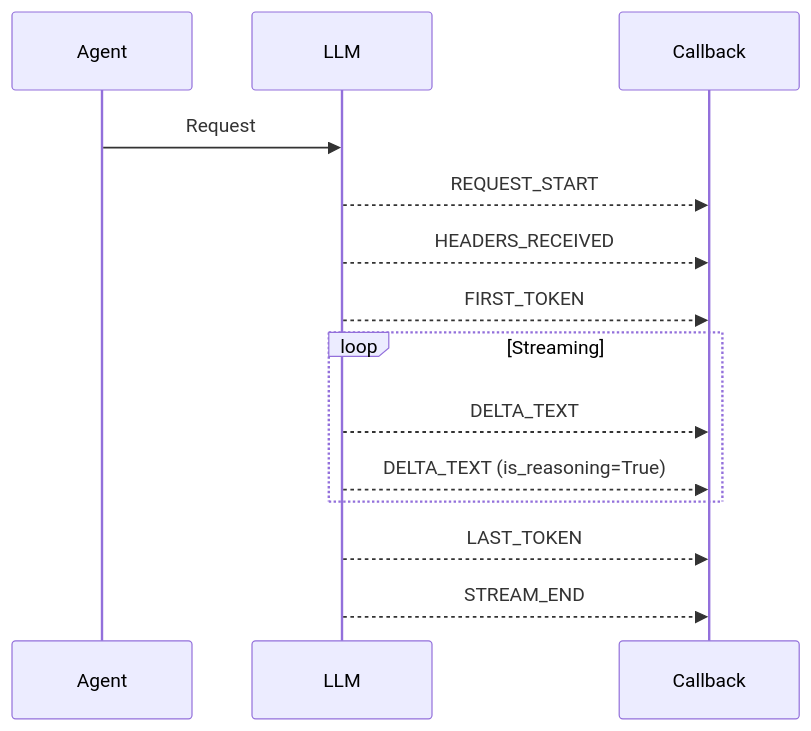
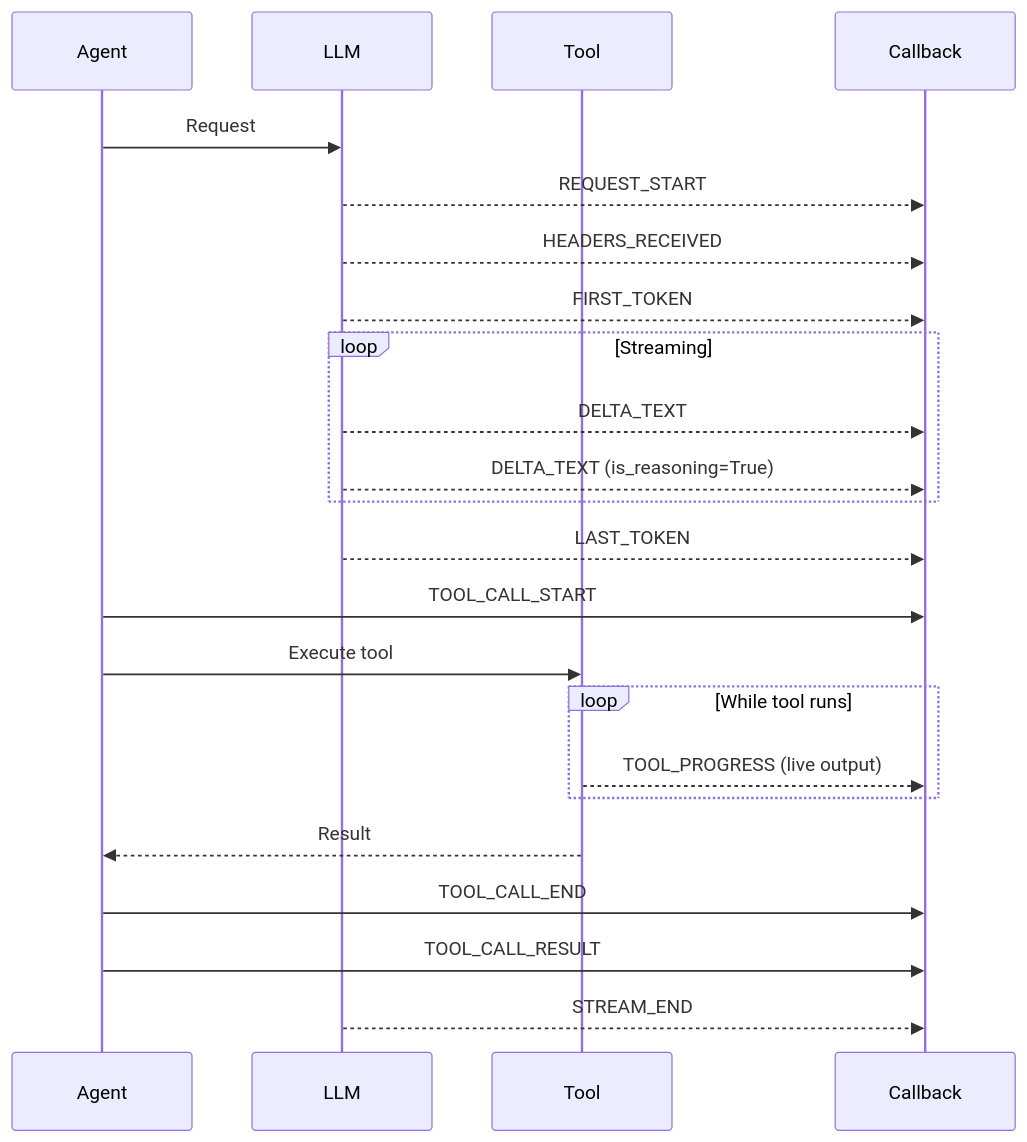
Before and after one commit to MervinPraison/PraisonAIDocs: the second of 2 diagrams in docs/sdk/streaming.mdx, drawn with Mermaid. The commit also changed other lines of this file and 2 other files, not shown here.

First line of the commit message:
docs: document live tool-progress streaming (fixes #1209)

````diff
--- a/docs/sdk/streaming.mdx
+++ b/docs/sdk/streaming.mdx
@@ -76,17 +94,26 @@
 ```mermaid
 sequenceDiagram
     participant A as Agent
     participant L as LLM
+    participant T as Tool
     participant C as Callback
-    
+
     A->>L: Request
     L-->>C: REQUEST_START
     L-->>C: HEADERS_RECEIVED
     L-->>C: FIRST_TOKEN
     loop Streaming
         L-->>C: DELTA_TEXT
         L-->>C: DELTA_TEXT (is_reasoning=True)
     end
     L-->>C: LAST_TOKEN
+    A->>C: TOOL_CALL_START
+    A->>T: Execute tool
+    loop While tool runs
+        T-->>C: TOOL_PROGRESS (live output)
+    end
+    T-->>A: Result
+    A->>C: TOOL_CALL_END
+    A->>C: TOOL_CALL_RESULT
     L-->>C: STREAM_END
 ```
````
